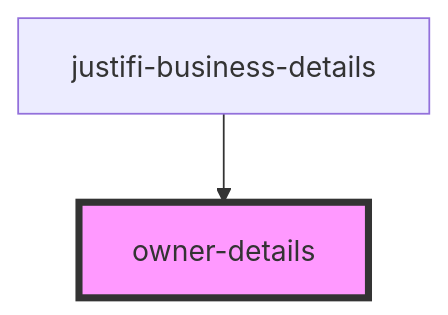
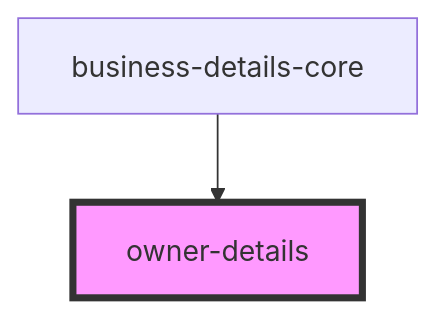
One commit to justifi-tech/web-component-library changed the diagram in packages/webcomponents/src/components/business-details/owner-details/readme.md. Above: the diagram before and after it, drawn with Mermaid. The commit also changed other lines of this file and 32 other files, not shown here.

````diff
--- a/packages/webcomponents/src/components/business-details/owner-details/readme.md
+++ b/packages/webcomponents/src/components/business-details/owner-details/readme.md
@@ -22,5 +22,5 @@
 ```mermaid
 graph TD;
-  justifi-business-details --> owner-details
+  business-details-core --> owner-details
   style owner-details fill:#f9f,stroke:#333,stroke-width:4px
 ```
````
